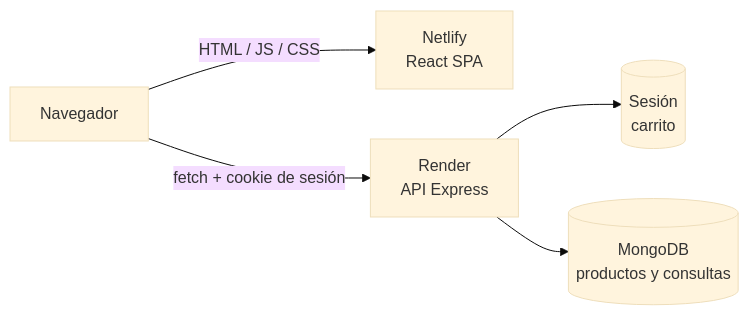
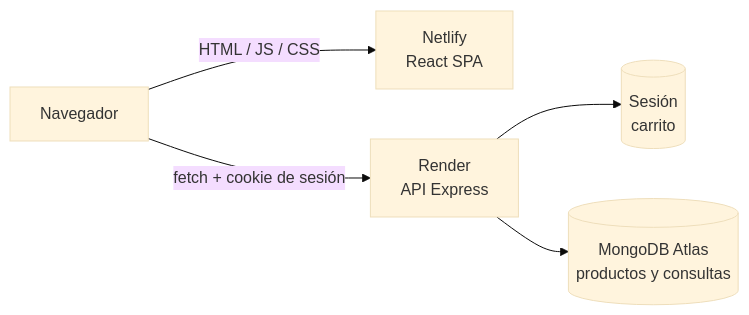
Before and after one commit to B3RZVS/MuebleriaHnosJota_FullStack: the diagram in README.md, drawn with Mermaid (base theme). The commit also changed other lines of this file, not shown here.

Commit message:
docs: base de datos en MongoDB Atlas

````diff
--- a/README.md
+++ b/README.md
@@ -225,7 +225,7 @@
 ```mermaid
 flowchart LR
     U[Navegador] -->|HTML / JS / CSS| N[Netlify<br/>React SPA]
     U -->|fetch + cookie de sesión| R[Render<br/>API Express]
     R --> S[(Sesión<br/>carrito)]
-    R --> P[(MongoDB<br/>productos y consultas)]
+    R --> P[(MongoDB Atlas<br/>productos y consultas)]
 ```
````
